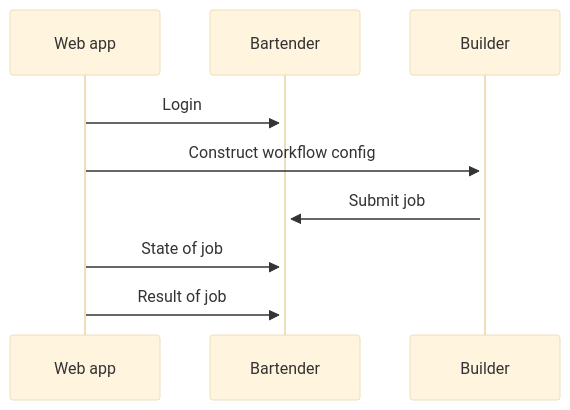
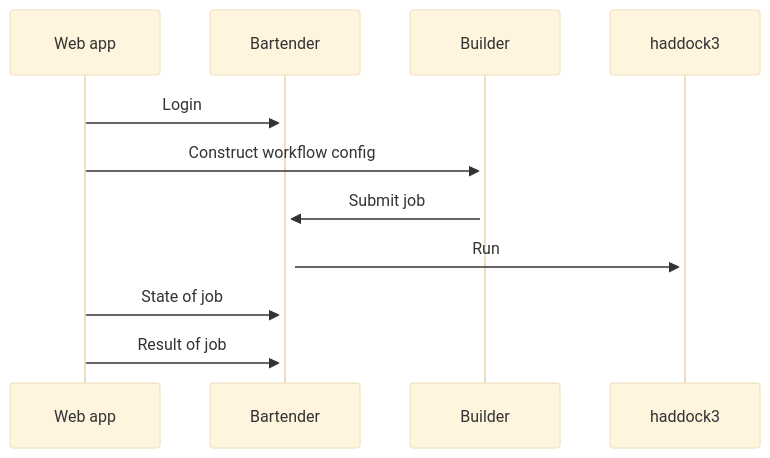
The diagram in README.md (i-VRESSE/haddock3-webapp), drawn with Mermaid (base theme) before and after one commit. The commit also changed other lines of this file, not shown here.

````diff
--- a/README.md
+++ b/README.md
@@ -7,8 +8,9 @@
 ```mermaid
 sequenceDiagram
     Web app->>+Bartender: Login
     Web app->>+Builder: Construct workflow config
     Builder->>+Bartender: Submit job
+    Bartender->>+haddock3: Run
     Web app->>+Bartender: State of job
     Web app->>+Bartender: Result of job
 ```
````
